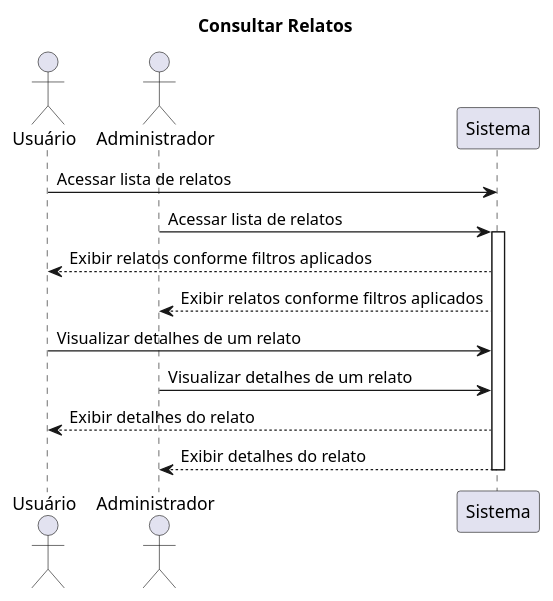
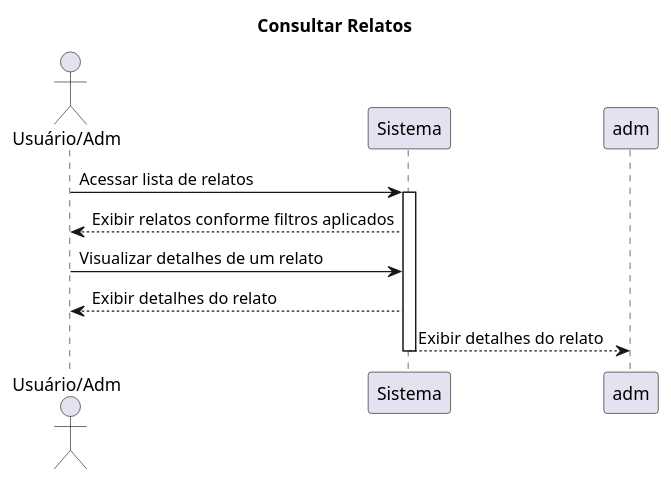
One commit to RenataArdito/Alerta-ADS changed the fourth of 4 diagrams in SequenceDiagram.md. Above: the diagram before and after it, drawn with PlantUML.

````diff
--- a/SequenceDiagram.md
+++ b/SequenceDiagram.md
@@ -59,26 +59,22 @@
 ```plantuml
 @startuml
 
 title Consultar Relatos
 
-actor "Usuário" as usr
-actor "Administrador" as adm
+actor "Usuário/Adm" as usr
 participant "Sistema" as sis
 
 usr -> sis: Acessar lista de relatos
-adm -> sis: Acessar lista de relatos
 activate sis
 
 sis --> usr: Exibir relatos conforme filtros aplicados
-sis --> adm: Exibir relatos conforme filtros aplicados
 
 usr -> sis: Visualizar detalhes de um relato
-adm -> sis: Visualizar detalhes de um relato
 
 sis --> usr: Exibir detalhes do relato
 sis --> adm: Exibir detalhes do relato
 
 deactivate sis
 
 @enduml
 ```
````
